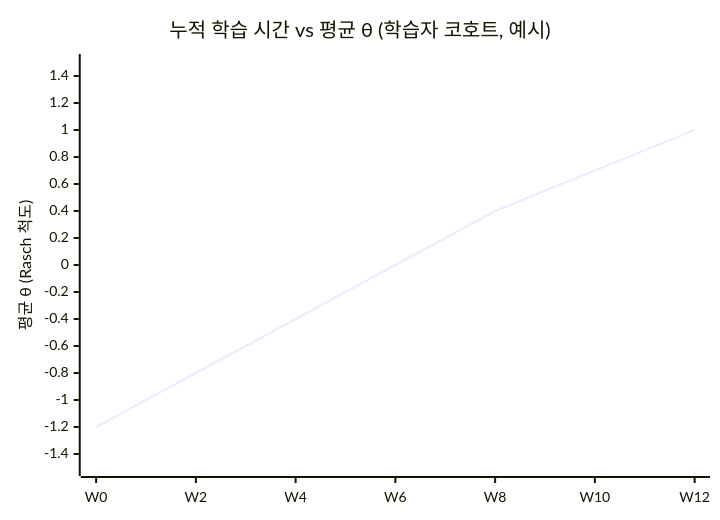
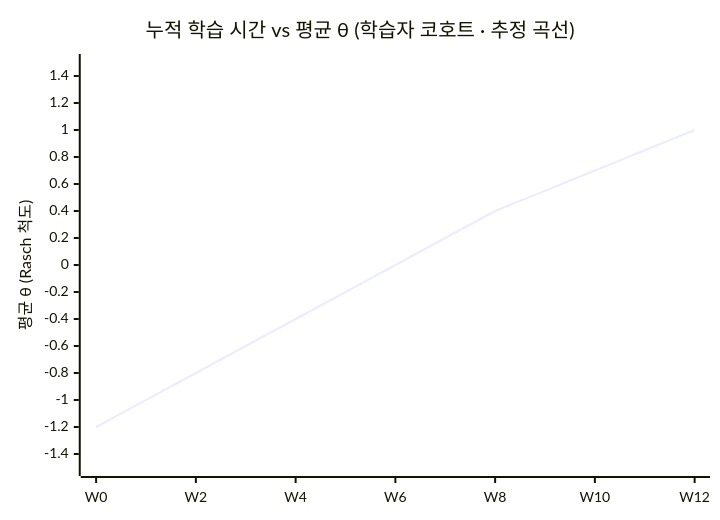
One commit to smilepat/myprojects changed diagram 29 of 36 in SLIDES_GAP_TO_PROGRESS.md. Above: the diagram before and after it, drawn with Mermaid. The commit also changed other lines of this file and 6 other files, not shown here.

First line of the commit message:
feat(slides): expand from 19 to 36 charts + PDCA tracking (#1)

````diff
--- a/SLIDES_GAP_TO_PROGRESS.md
+++ b/SLIDES_GAP_TO_PROGRESS.md
@@ -377,7 +776,7 @@
 ```mermaid
 xychart-beta
-    title "누적 학습 시간 vs 평균 θ (학습자 코호트, 예시)"
+    title "누적 학습 시간 vs 평균 θ (학습자 코호트 · 추정 곡선)"
     x-axis ["W0","W2","W4","W6","W8","W10","W12"]
     y-axis "평균 θ (Rasch 척도)" -1.5 --> 1.5
     line [-1.2, -0.8, -0.4, 0.0, 0.4, 0.7, 1.0]
 ```
````
